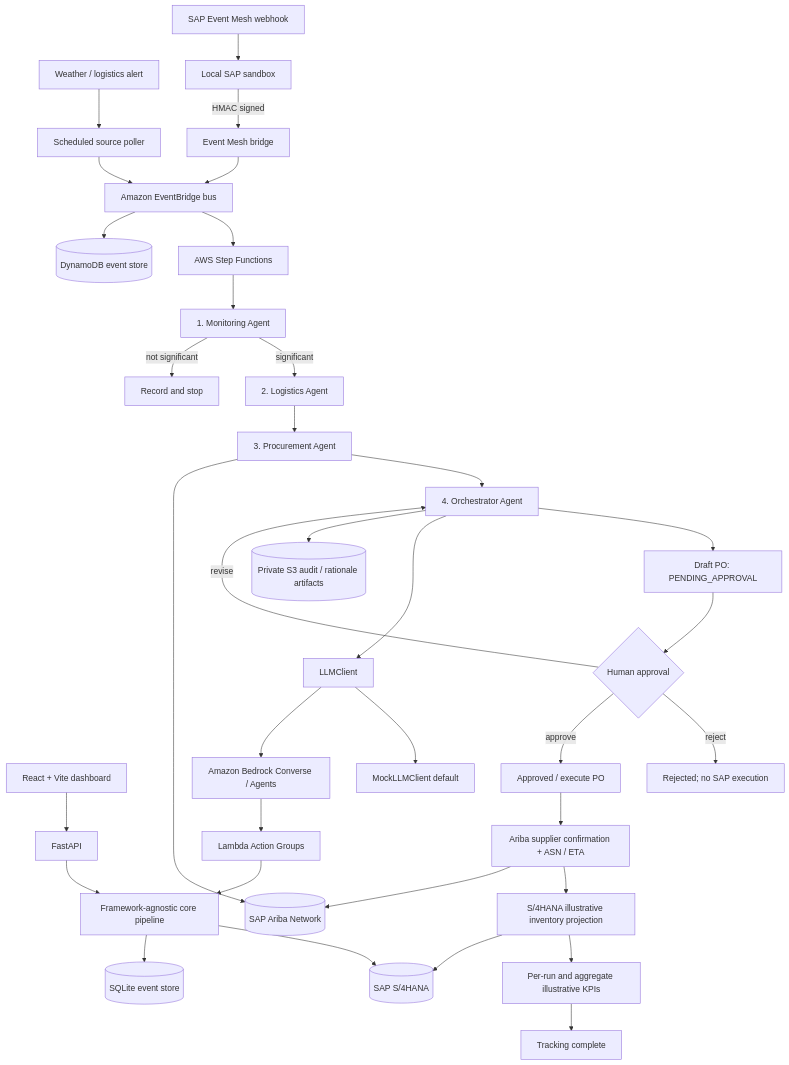
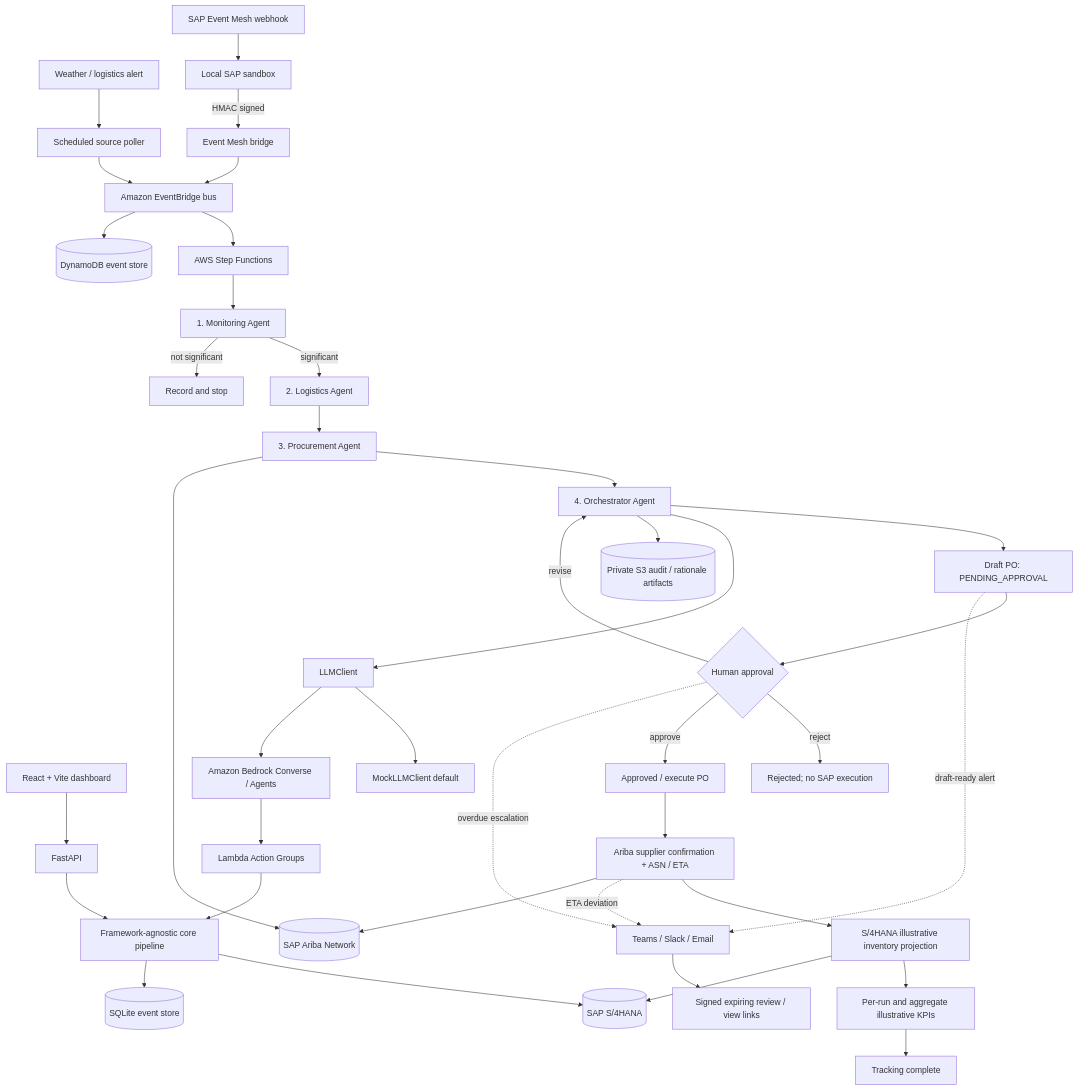
One commit to Erlangga31/ChainMind changed the diagram in docs/architecture.md. Above: the diagram before and after it, drawn with Mermaid. The commit also changed other lines of this file and 20 other files, not shown here.

Commit message:
feat: add approval notifications and signed links

````diff
--- a/docs/architecture.md
+++ b/docs/architecture.md
@@ -5,37 +5,41 @@
 ```mermaid
 flowchart TD
     Ext[Weather / logistics alert] --> Poller[Scheduled source poller]
     Poller --> EB[Amazon EventBridge bus]
     SAPEvents[SAP Event Mesh webhook] --> Sandbox[Local SAP sandbox]
     Sandbox -->|HMAC signed| Bridge[Event Mesh bridge]
     Bridge --> EB
     UI[React + Vite dashboard] --> API[FastAPI]
     API --> Core[Framework-agnostic core pipeline]
     EB --> SF[AWS Step Functions]
     SF --> M[1. Monitoring Agent]
     M -->|significant| L[2. Logistics Agent]
     M -->|not significant| Stop[Record and stop]
     L --> P[3. Procurement Agent]
     P --> O[4. Orchestrator Agent]
     O --> Draft[Draft PO: PENDING_APPROVAL]
     Draft --> Human{Human approval}
     Human -->|revise| O
     Human -->|reject| Rejected[Rejected; no SAP execution]
     Human -->|approve| Execute[Approved / execute PO]
     Execute --> Track[Ariba supplier confirmation + ASN / ETA]
     Track --> Projection[S/4HANA illustrative inventory projection]
     Projection --> KPIs[Per-run and aggregate illustrative KPIs]
     KPIs --> Done[Tracking complete]
+    Draft -. draft-ready alert .-> Notify[Teams / Slack / Email]
+    Human -. overdue escalation .-> Notify
+    Track -. ETA deviation .-> Notify
+    Notify --> Links[Signed expiring review / view links]
     Core --> SAP[(SAP S/4HANA)]
     P --> Ariba[(SAP Ariba Network)]
     Track --> Ariba
     Projection --> SAP
     O --> LLM[LLMClient]
     LLM --> MockLLM[MockLLMClient default]
     LLM --> Bedrock[Amazon Bedrock Converse / Agents]
     Bedrock --> Actions[Lambda Action Groups]
     Actions --> Core
     Core --> Store[(SQLite event store)]
     EB --> StoreAWS[(DynamoDB event store)]
     O --> Audit[(Private S3 audit / rationale artifacts)]
 ```
````
